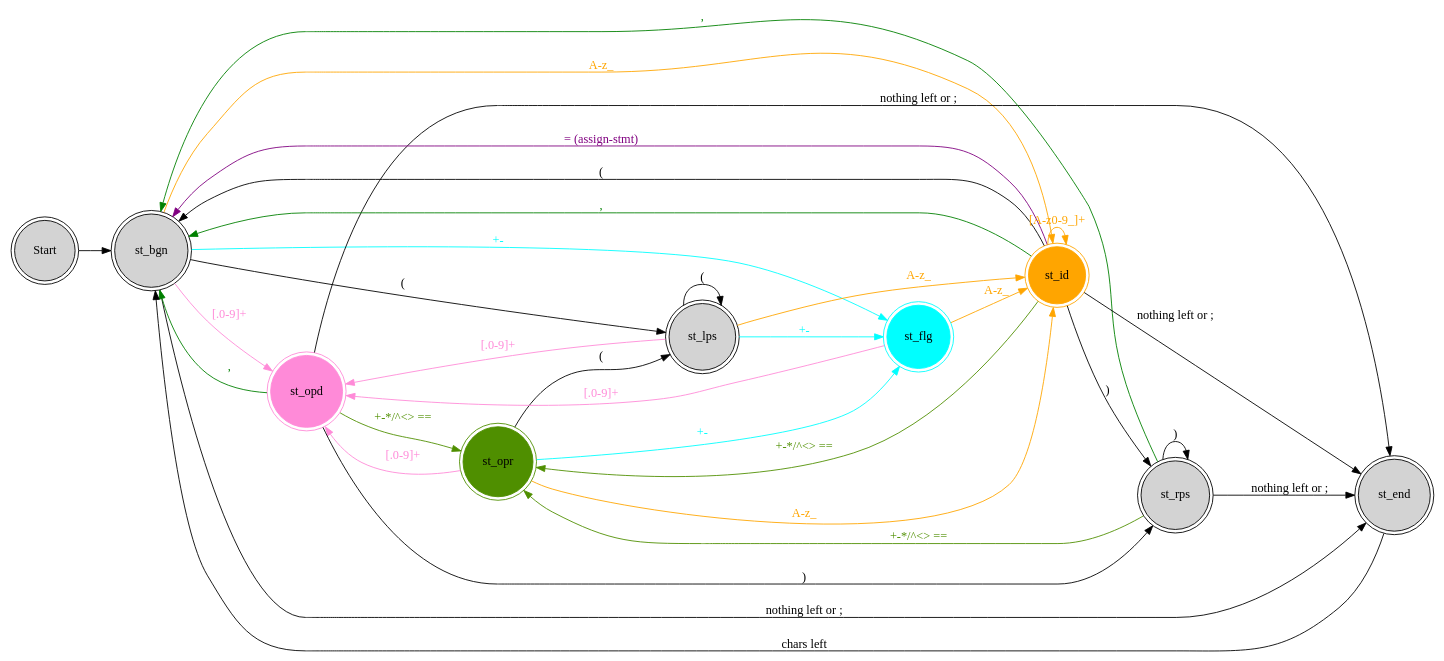
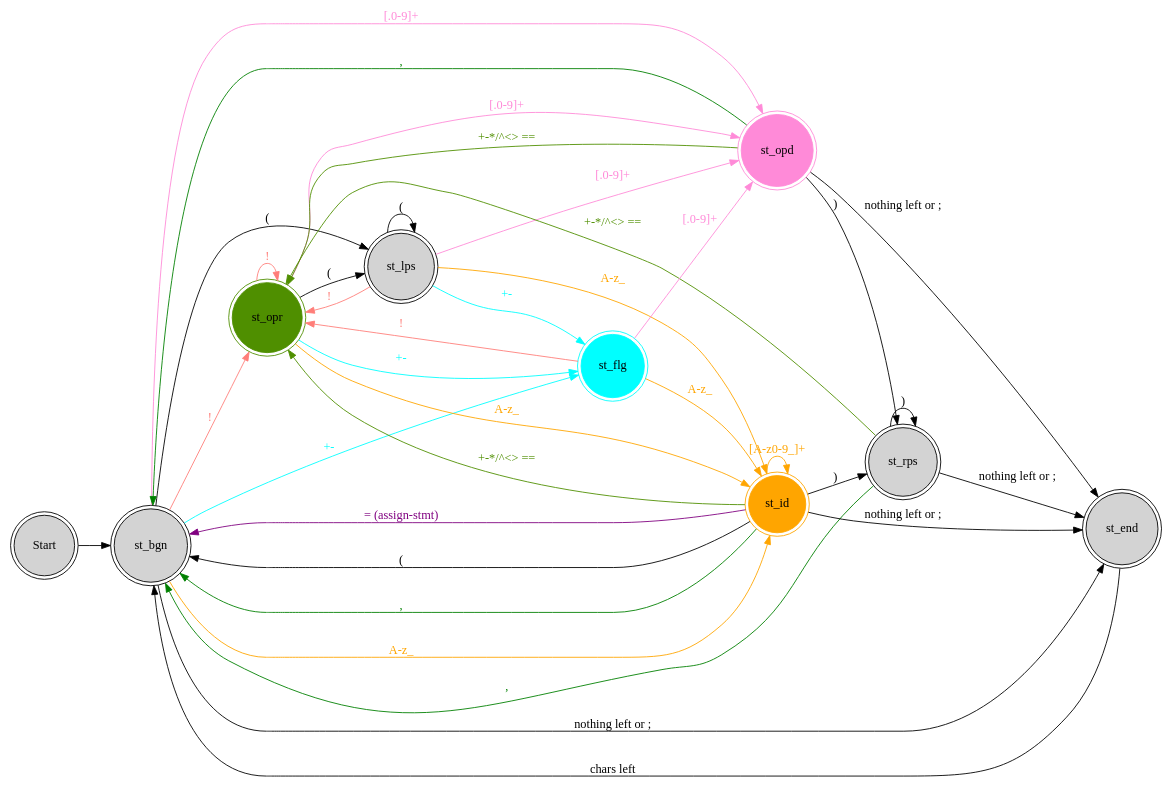
One commit to jacoolee/calc changed the diagram in state_transition.dot. Above: the diagram before and after it, drawn with Graphviz. The commit also changed 3 other files, not shown here.

```diff
--- a/state_transition.dot
+++ b/state_transition.dot
@@ -1,60 +1,62 @@
 digraph G {
 
     rankdir=LR;
 
     {
 
         st_start [shape=circle,peripheries=2,style=filled, label="Start"]
         st_bgn [shape=circle,peripheries=2,style=filled,label="st_bgn"]
         st_opr [shape=circle,peripheries=2,color="#4f8f00",style=filled,label="st_opr"]
         st_opd [shape=circle,peripheries=2,color="#ff8ad8",style=filled,label="st_opd"]
         st_lps [shape=circle,peripheries=2,style=filled,label="st_lps"]
         st_rps [shape=circle,peripheries=2,style=filled,label="st_rps"]
         st_flg [shape=circle,peripheries=2,color="cyan",style=filled,label="st_flg"]
         st_id  [shape=circle,peripheries=2,color="orange",style=filled,label="st_id"]
         st_end [shape=circle,peripheries=2,style=filled,label="st_end"]
 
         st_start -> st_bgn;
 
         st_bgn -> st_opd[label="[.0-9]+", color="#ff8ad8", fontcolor="#ff8ad8"];
         st_bgn -> st_lps[label="("];
         st_bgn -> st_flg[label="+-",color="cyan",fontcolor="cyan"];
         st_bgn -> st_id[label="A-z_", color="orange", fontcolor="orange"];
         st_bgn -> st_end[label="nothing left or ;"];
+        st_bgn -> st_opr[label="!",color="#ff7e79",fontcolor="#ff7e79"];
 
         st_opd -> st_opr[label="+-*/^<> ==", color="#4f8f00", fontcolor="#4f8f00"];
         st_opd -> st_rps[label=")"];
         st_opd -> st_bgn[label=",", color="green", fontcolor="green"];
         st_opd -> st_end[label="nothing left or ;"];
 
         st_opr -> st_opd[label="[.0-9]+", color="#ff8ad8", fontcolor="#ff8ad8"];
         st_opr -> st_lps[label="("];
         st_opr -> st_flg[label="+-",color="cyan",fontcolor="cyan"];
         st_opr -> st_id[label="A-z_", color="orange", fontcolor="orange"];
+        st_opr -> st_opr[label="!",color="#ff7e79",fontcolor="#ff7e79"];
 
         st_lps -> st_opd[label="[.0-9]+", color="#ff8ad8", fontcolor="#ff8ad8"];
         st_lps -> st_lps[label="("];
         st_lps -> st_flg[label="+-",color="cyan",fontcolor="cyan"];
         st_lps -> st_id[label="A-z_", color="orange", fontcolor="orange"];
+        st_lps -> st_opr[label="!",color="#ff7e79",fontcolor="#ff7e79"];
 
         st_rps -> st_opr[label="+-*/^<> ==", color="#4f8f00", fontcolor="#4f8f00"];
         st_rps -> st_rps[label=")"];
         st_rps -> st_bgn[label=",", color="green", fontcolor="green"];
         st_rps -> st_end[label="nothing left or ;"];
 
         st_flg -> st_opd[label="[.0-9]+", color="#ff8ad8", fontcolor="#ff8ad8"];
         st_flg -> st_id[label="A-z_", color="orange", fontcolor="orange"];
+        st_flg -> st_opr[label="!",color="#ff7e79",fontcolor="#ff7e79"];
 
         st_id -> st_id[label="[A-z0-9_]+", color="orange", fontcolor="orange"];
         st_id -> st_bgn[label="("];
-
         st_id -> st_opr[label="+-*/^<> ==", color="#4f8f00", fontcolor="#4f8f00"];
         st_id -> st_rps[label=")"];
         st_id -> st_bgn[label=",", color="green", fontcolor="green"];
         st_id -> st_end[label="nothing left or ;"];
+        st_id -> st_bgn[label="= (assign-stmt)", color="purple", fontcolor="purple"];
 
         st_end -> st_bgn[label="chars left"];
-
-        st_id -> st_bgn[label="= (assign-stmt)", color="purple", fontcolor="purple"];
     }
 }
```
